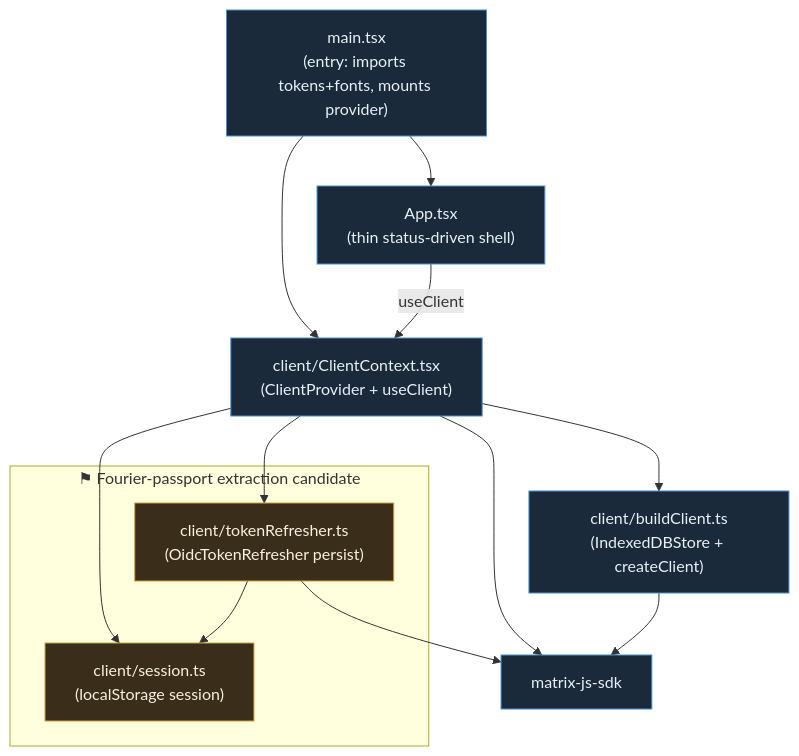
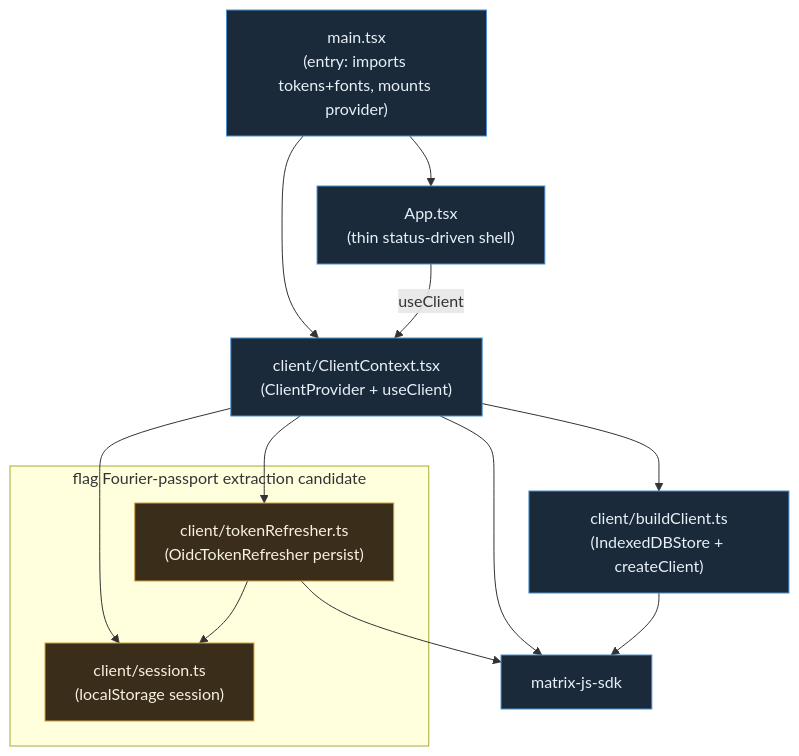
One commit to fourier-channel/technetium changed the second of 2 diagrams in DEPENDENCIES.md. Above: the diagram before and after it, drawn with Mermaid. The commit also changed other lines of this file and 11 other files, not shown here.

````diff
--- a/DEPENDENCIES.md
+++ b/DEPENDENCIES.md
@@ -44,31 +44,31 @@
 ```mermaid
 graph TD
     main["main.tsx<br/>(entry: imports tokens+fonts, mounts provider)"]
     app["App.tsx<br/>(thin status-driven shell)"]
     ctx["client/ClientContext.tsx<br/>(ClientProvider + useClient)"]
     build["client/buildClient.ts<br/>(IndexedDBStore + createClient)"]
     sess["client/session.ts<br/>(localStorage session)"]
     refresh["client/tokenRefresher.ts<br/>(OidcTokenRefresher persist)"]
     sdk["matrix-js-sdk"]
 
     main --> app
     main --> ctx
     app -->|useClient| ctx
     ctx --> build
     ctx --> sess
     ctx --> refresh
     ctx --> sdk
     build --> sdk
     refresh --> sdk
     refresh --> sess
 
-    subgraph fourier_candidate["⚑ Fourier-passport extraction candidate"]
+    subgraph fourier_candidate["flag Fourier-passport extraction candidate"]
         sess
         refresh
     end
 
     classDef mod fill:#1a2a3a,stroke:#4a90d0,color:#e8f0f8;
     classDef flag fill:#3a2e1a,stroke:#d0a040,color:#f8f0e0;
     class main,app,ctx,build,sdk mod;
     class sess,refresh flag;
 ```
````
